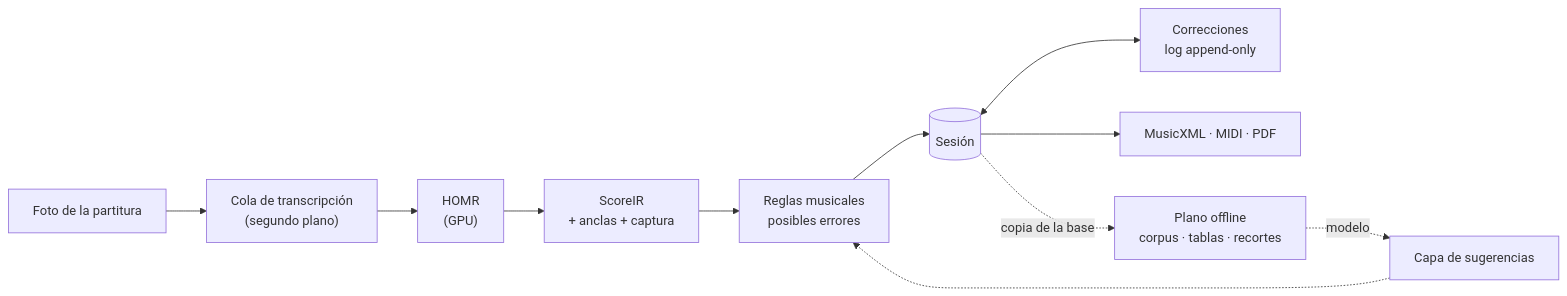
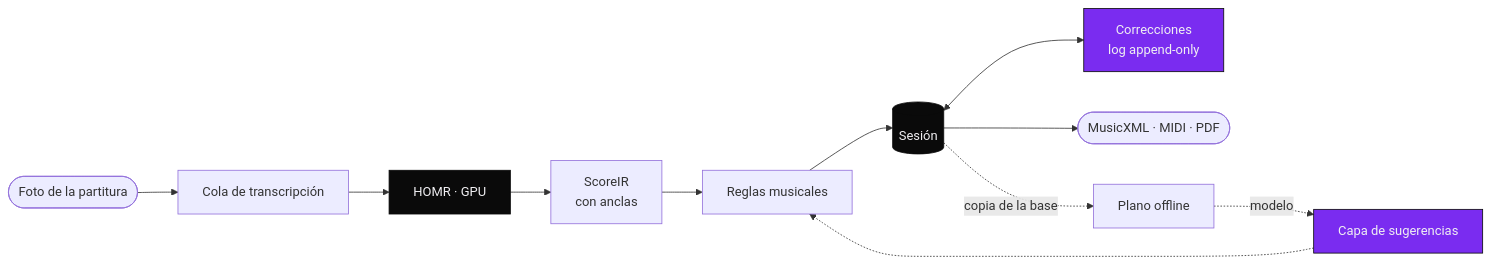
One commit to sebdavid3/Cadenza changed the diagram in README.md. Above: the diagram before and after it, drawn with Mermaid. The commit also changed other lines of this file and 3 other files, not shown here.

````diff
--- a/README.md
+++ b/README.md
@@ -63,13 +117,18 @@
 ```mermaid
 flowchart LR
-    img[Foto de la partitura] --> Q["Cola de transcripción<br/>(segundo plano)"]
-    Q --> OMR["HOMR<br/>(GPU)"]
-    OMR --> IR["ScoreIR<br/>+ anclas + captura"]
-    IR --> V["Reglas musicales<br/>posibles errores"]
-    V --> S[(Sesión)]
+    img(["Foto de la partitura"]) --> Q["Cola de transcripción"]
+    Q --> OMR["HOMR · GPU"]
+    OMR --> IR["ScoreIR<br/>con anclas"]
+    IR --> V["Reglas musicales"]
+    V --> S[("Sesión")]
     S <--> E["Correcciones<br/>log append-only"]
-    S --> X["MusicXML · MIDI · PDF"]
-    S -. copia de la base .-> OFF["Plano offline<br/>corpus · tablas · recortes"]
+    S --> X(["MusicXML · MIDI · PDF"])
+    S -. copia de la base .-> OFF["Plano offline"]
     OFF -. modelo .-> SUG["Capa de sugerencias"]
     SUG -.-> V
+
+    classDef violeta fill:#7a2cf0,stroke:#0a0a0a,color:#f0eff2
+    classDef tinta fill:#0a0a0a,stroke:#0a0a0a,color:#f0eff2
+    class E,SUG violeta
+    class OMR,S tinta
 ```
````
